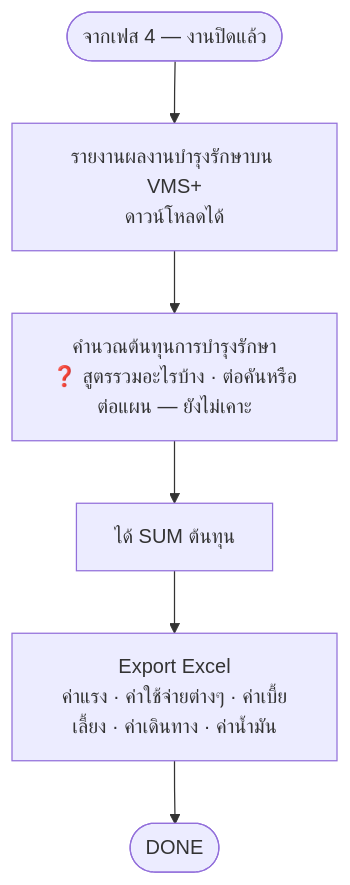
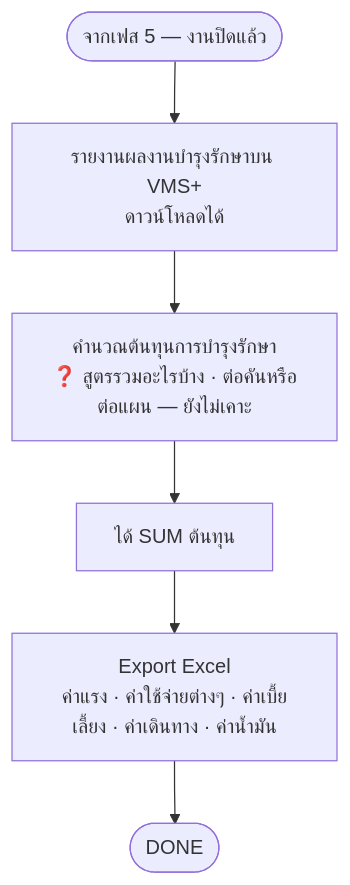
Before and after one commit to anugmail/Maintenance-Request-Form: the diagram in Diagram/01-บำรุงรักษาตามวาระ/06-เฟส5-คำนวณต้นทุน.md, drawn with Mermaid. The commit also changed other lines of this file and 18 other files, not shown here.

Commit message:
feat: ปรับการแสดงขั้นตอนของ flow บำรุงรักษา โดยทุกอย่างยังทำงานเหมือนเดิม

````diff
--- a/Diagram/01-บำรุงรักษาตามวาระ/06-เฟส5-คำนวณต้นทุน.md
+++ b/Diagram/01-บำรุงรักษาตามวาระ/06-เฟส5-คำนวณต้นทุน.md
@@ -8,8 +11,8 @@
 ```mermaid
 flowchart TB
-    S([จากเฟส 4 — งานปิดแล้ว]) --> A[รายงานผลงานบำรุงรักษาบน VMS+<br/>ดาวน์โหลดได้]
+    S([จากเฟส 5 — งานปิดแล้ว]) --> A[รายงานผลงานบำรุงรักษาบน VMS+<br/>ดาวน์โหลดได้]
     A --> B["คำนวณต้นทุนการบำรุงรักษา<br/>❓ สูตรรวมอะไรบ้าง · ต่อคันหรือต่อแผน — ยังไม่เคาะ"]
     B --> C[ได้ SUM ต้นทุน]
     C --> D[Export Excel<br/>ค่าแรง · ค่าใช้จ่ายต่างๆ · ค่าเบี้ยเลี้ยง · ค่าเดินทาง · ค่าน้ำมัน]
     D --> E([DONE])
 ```
````
